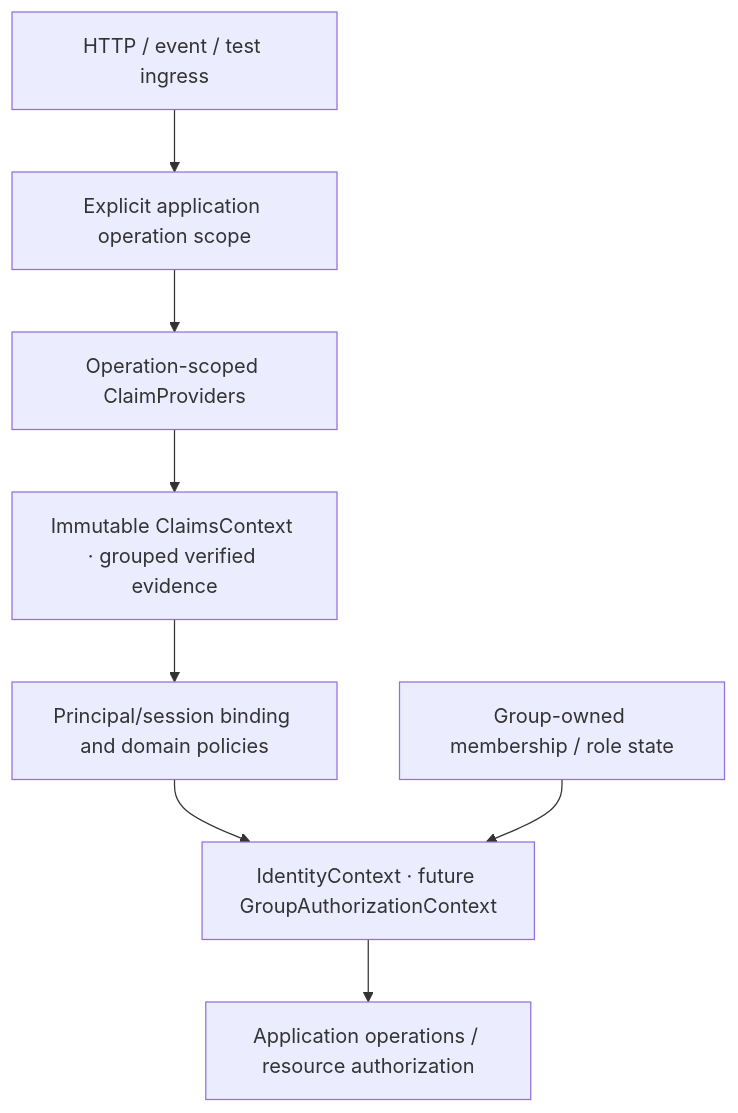
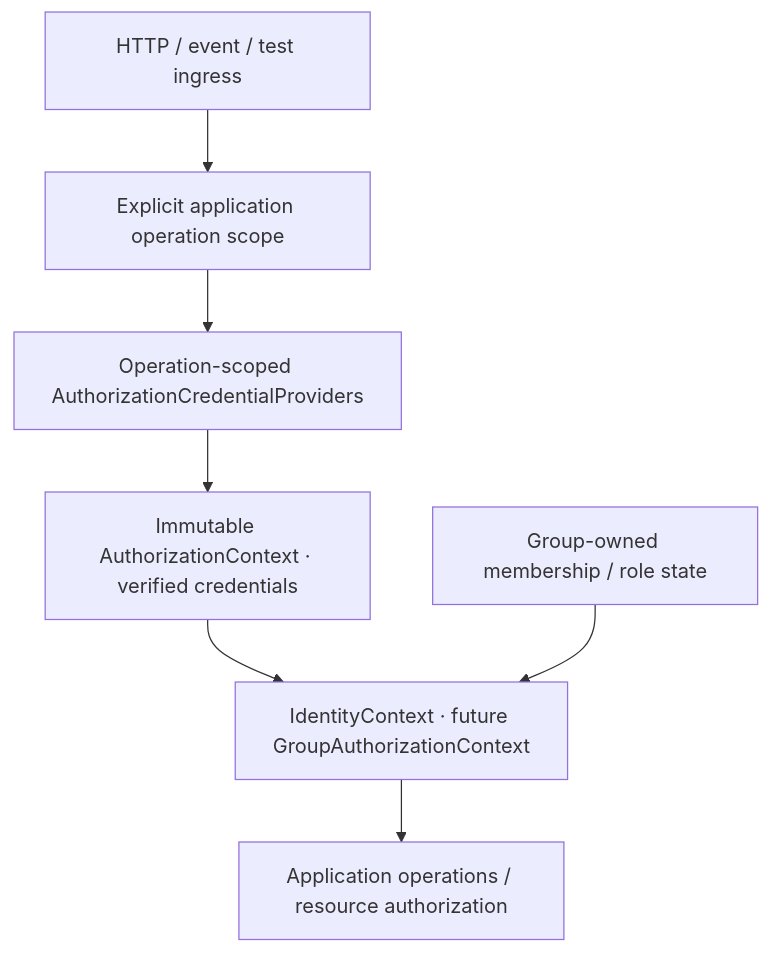
Before and after one commit to frederik-hoeft/min-favs-sharewise: the first of 2 diagrams in docs/stack/claims-context-proposal.md, drawn with Mermaid. The commit also changed other lines of this file and 15 other files, not shown here.

Commit message:
P2.1.0-B: Align credential and authorization context terminology

````diff
--- a/docs/stack/claims-context-proposal.md
+++ b/docs/stack/claims-context-proposal.md
@@ -21,10 +21,9 @@
 ```mermaid
 flowchart TD
     Ingress["HTTP / event / test ingress"] --> Scope["Explicit application operation scope"]
-    Scope --> Providers["Operation-scoped ClaimProviders"]
-    Providers --> Evidence["Immutable ClaimsContext · grouped verified evidence"]
-    Evidence --> Binding["Principal/session binding and domain policies"]
-    Binding --> Semantic["IdentityContext · future GroupAuthorizationContext"]
+    Scope --> Providers["Operation-scoped AuthorizationCredentialProviders"]
+    Providers --> Evidence["Immutable AuthorizationContext · verified credentials"]
+    Evidence --> Semantic["IdentityContext · future GroupAuthorizationContext"]
     Semantic --> Services["Application operations / resource authorization"]
     Owned["Group-owned membership / role state"] --> Semantic
 ```
````
